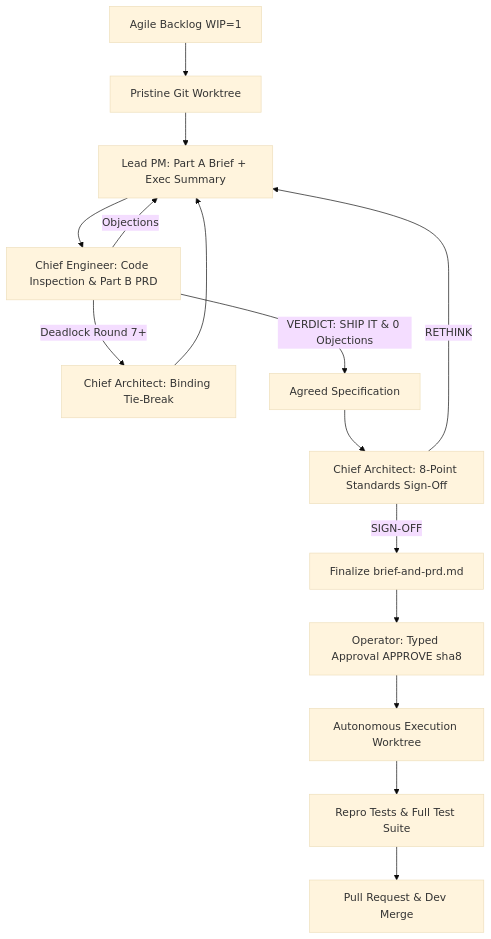
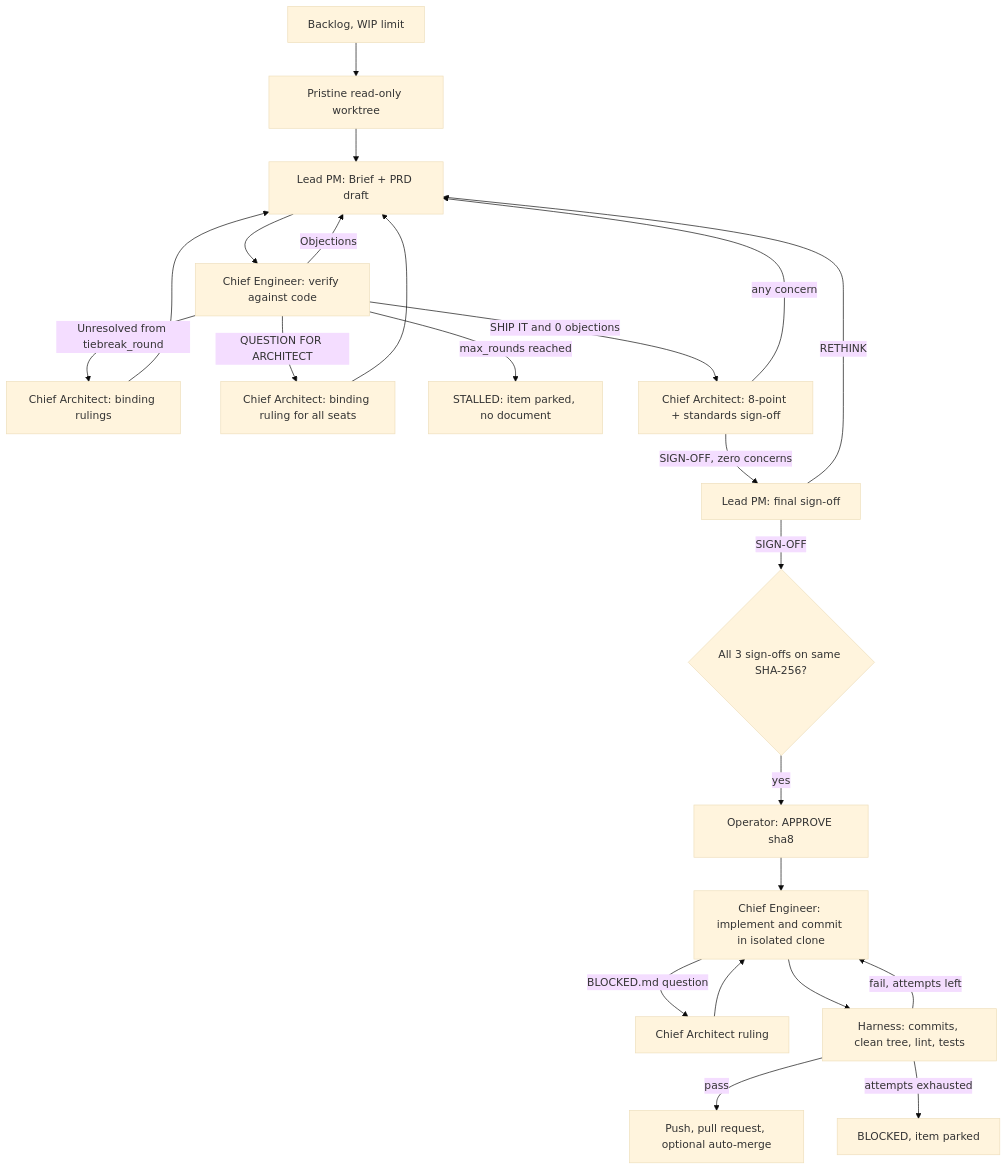
The diagram in README.md (goshtasb/OpenCouncil), drawn with Mermaid (base theme) before and after one commit. The commit also changed other lines of this file and 54 other files, not shown here.

````diff
--- a/README.md
+++ b/README.md
@@ -150,20 +136,24 @@
 ```mermaid
 flowchart TD
-    Backlog[Agile Backlog WIP=1] --> Open[Pristine Git Worktree]
-    Open --> PM[Lead PM: Part A Brief + Exec Summary]
-    PM --> EngReview[Chief Engineer: Code Inspection & Part B PRD]
-    
-    EngReview -->|Objections| PM
-    EngReview -->|Deadlock Round 7+| Tiebreak[Chief Architect: Binding Tie-Break]
+    Backlog[Backlog, WIP limit] --> Open[Pristine read-only worktree]
+    Open --> PM[Lead PM: Brief + PRD draft]
+    PM --> Eng[Chief Engineer: verify against code]
+    Eng -->|Objections| PM
+    Eng -->|Unresolved from tiebreak_round| Tiebreak[Chief Architect: binding rulings]
     Tiebreak --> PM
-    
-    EngReview -->|VERDICT: SHIP IT & 0 Objections| Agreed[Agreed Specification]
-    Agreed --> ArchReview[Chief Architect: 8-Point Standards Sign-Off]
-    ArchReview -->|RETHINK| PM
-    ArchReview -->|SIGN-OFF| Finalize[Finalize brief-and-prd.md]
-    
-    Finalize --> Operator[Operator: Typed Approval APPROVE sha8]
-    Operator --> Exec[Autonomous Execution Worktree]
-    Exec --> Tests[Repro Tests & Full Test Suite]
-    Tests --> PR[Pull Request & Dev Merge]
+    Eng -->|QUESTION FOR ARCHITECT| Rule[Chief Architect: binding ruling for all seats]
+    Rule --> PM
+    Eng -->|max_rounds reached| Stall[STALLED: item parked, no document]
+    Eng -->|SHIP IT and 0 objections| Arch[Chief Architect: 8-point + standards sign-off]
+    Arch -->|any concern| PM
+    Arch -->|SIGN-OFF, zero concerns| Lead[Lead PM: final sign-off]
+    Lead -->|RETHINK| PM
+    Lead -->|SIGN-OFF| Gate{All 3 sign-offs on same SHA-256?}
+    Gate -->|yes| Operator[Operator: APPROVE sha8]
+    Operator --> Exec[Chief Engineer: implement and commit in isolated clone]
+    Exec -->|BLOCKED.md question| Rule2[Chief Architect ruling] --> Exec
+    Exec --> Verify[Harness: commits, clean tree, lint, tests]
+    Verify -->|fail, attempts left| Exec
+    Verify -->|pass| PR[Push, pull request, optional auto-merge]
+    Verify -->|attempts exhausted| Blocked[BLOCKED, item parked]
 ```
````
